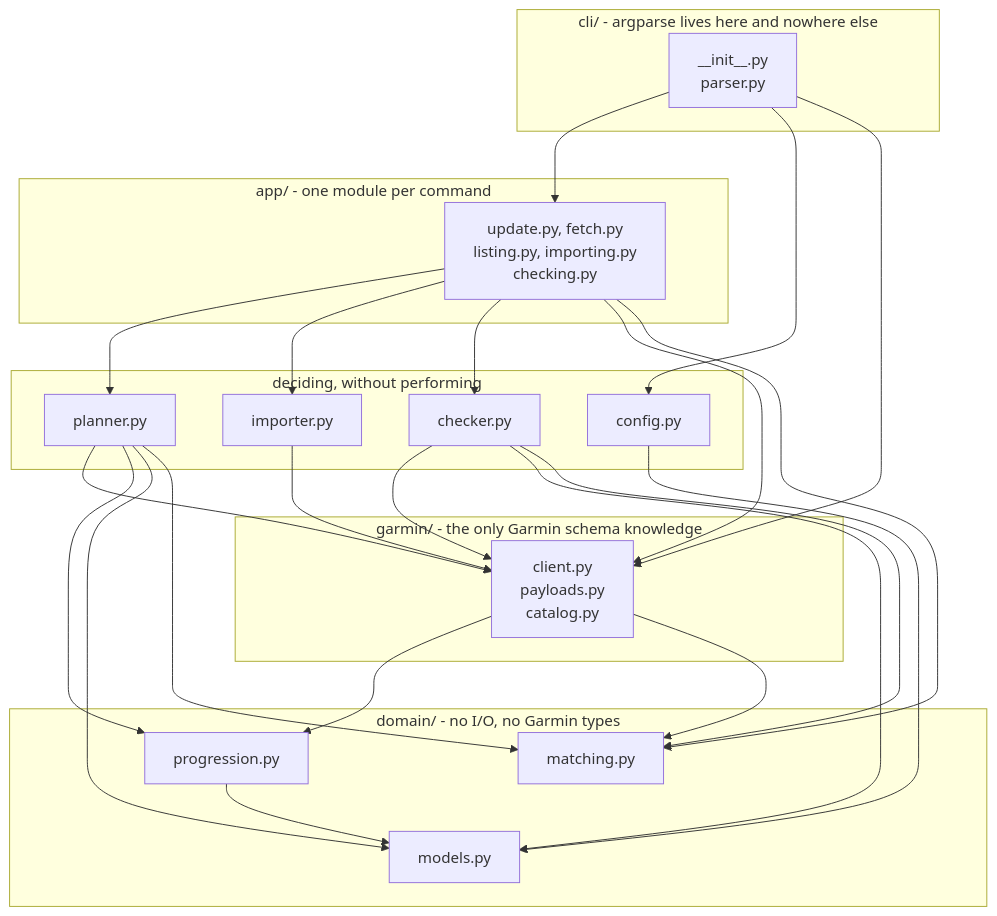
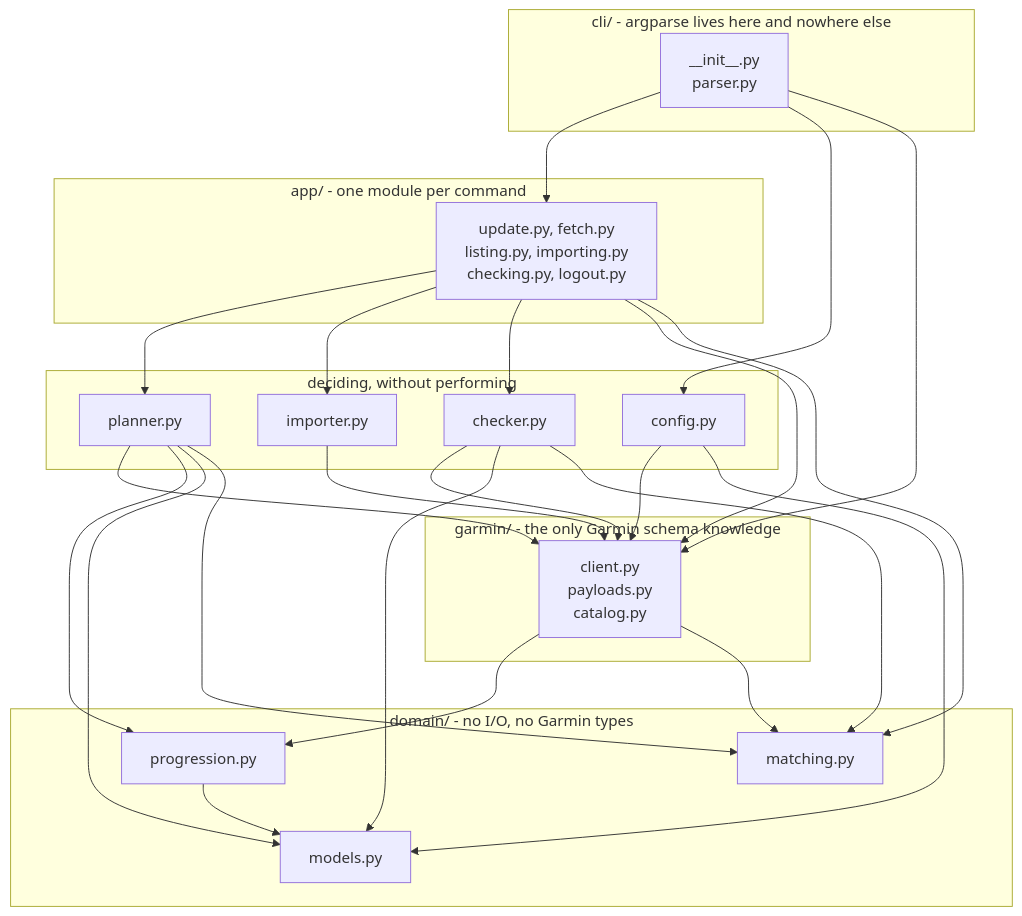
One commit to theadzik/repwise changed the first of 2 diagrams in docs/architecture.md. Above: the diagram before and after it, drawn with Mermaid. The commit also changed other lines of this file and 17 other files, not shown here.

First line of the commit message:
feat: logout, warn token permissions, move default config path (#35)

````diff
--- a/docs/architecture.md
+++ b/docs/architecture.md
@@ -71,37 +75,38 @@
 ```mermaid
 flowchart TD
     subgraph presentation["cli/ - argparse lives here and nowhere else"]
         cli["__init__.py<br/>parser.py"]
     end
 
     subgraph application["app/ - one module per command"]
-        commands["update.py, fetch.py<br/>listing.py, importing.py<br/>checking.py"]
+        commands["update.py, fetch.py<br/>listing.py, importing.py<br/>checking.py, logout.py"]
     end
 
     subgraph services["deciding, without performing"]
         planner["planner.py"]
         importer["importer.py"]
         checker["checker.py"]
         config["config.py"]
     end
 
     subgraph adapter["garmin/ - the only Garmin schema knowledge"]
         garmin["client.py<br/>payloads.py<br/>catalog.py"]
     end
 
     subgraph domain["domain/ - no I/O, no Garmin types"]
         progression["progression.py"]
         models["models.py"]
         matching["matching.py"]
     end
 
     cli --> commands
     cli --> config & garmin
+    config --> garmin
     commands --> planner & importer & checker
     commands --> garmin & matching
     planner & importer & checker --> garmin
     planner & garmin --> progression
     planner & checker & config --> models
     planner & checker & garmin --> matching
     progression --> models
 ```
````
